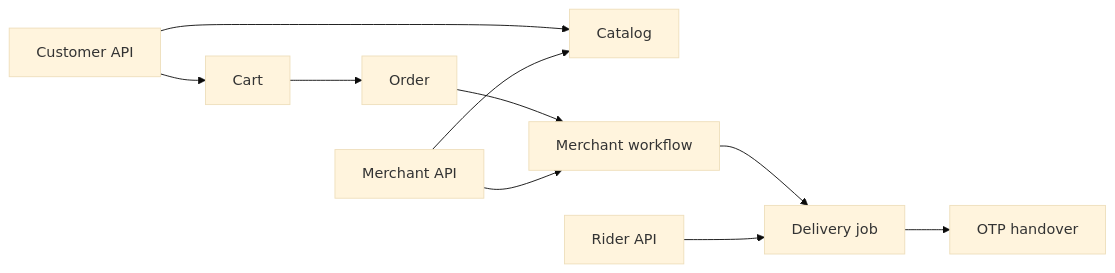
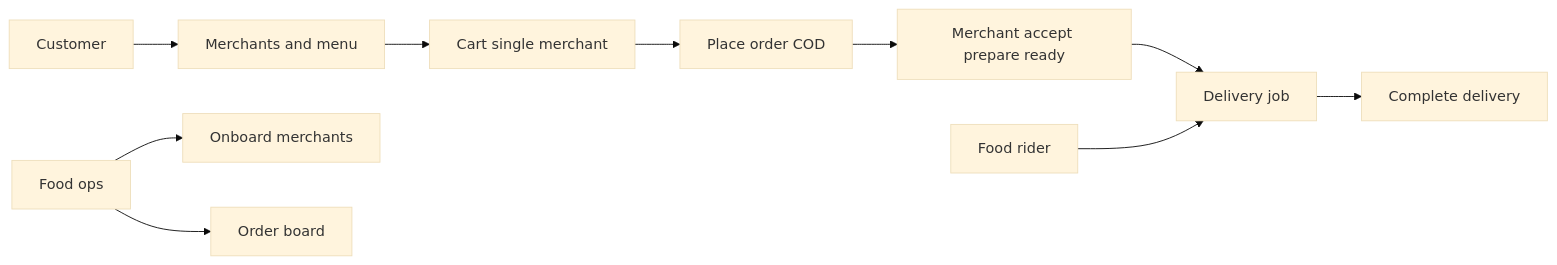
Before and after one commit to zewdnehnathan/maekel: the sixth of 12 diagrams in docs/architecture.md, drawn with Mermaid (base theme). The commit also changed other lines of this file and 41 other files, not shown here.

````diff
--- a/docs/architecture.md
+++ b/docs/architecture.md
@@ -341,12 +254,12 @@
 ```mermaid
 flowchart LR
-  C[Customer API] --> Cat[Catalog]
-  C --> Cart[Cart]
-  Cart --> Ord[Order]
-  Ord --> Mer[Merchant workflow]
-  Mer --> Job[Delivery job]
-  Job --> OTP[OTP handover]
-  R[Rider API] --> Job
-  M[Merchant API] --> Mer
-  M --> Cat
+  Customer[Customer] --> Catalog[Merchants and menu]
+  Catalog --> Cart[Cart single merchant]
+  Cart --> Order[Place order COD]
+  Order --> MerchantWF[Merchant accept prepare ready]
+  MerchantWF --> RiderJob[Delivery job]
+  Rider[Food rider] --> RiderJob
+  RiderJob --> Done[Complete delivery]
+  OpsFood[Food ops] --> Merchants[Onboard merchants]
+  OpsFood --> Board[Order board]
 ```
````
